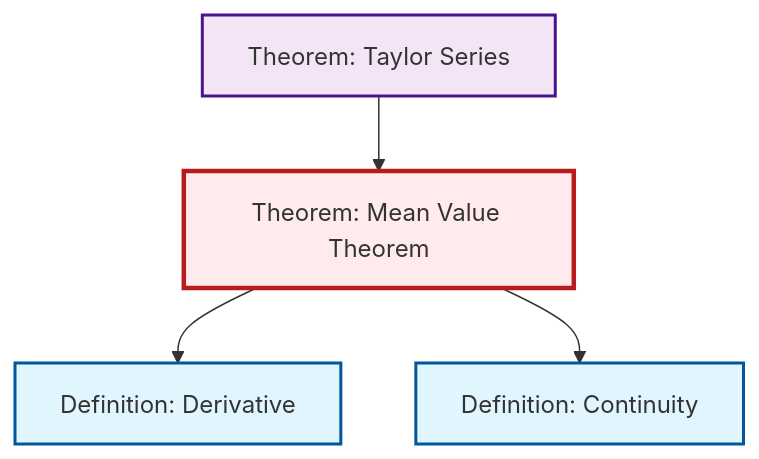
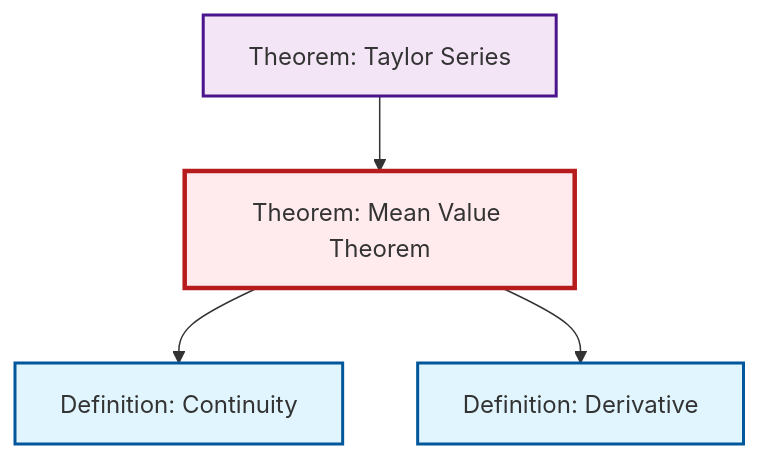
One commit to RK0429/ModernMath changed the diagram in content/en/analysis/thm-mean-value.qmd. Above: the diagram before and after it, drawn with Mermaid. The commit also changed other lines of this file and 654 other files, not shown here.

````diff
--- a/content/en/analysis/thm-mean-value.qmd
+++ b/content/en/analysis/thm-mean-value.qmd
@@ -79,20 +79,20 @@
 ```{mermaid}
 %%| fig-cap: "Local dependency graph"
 graph TD
     classDef definition fill:#e1f5fe,stroke:#01579b,stroke-width:2px
     classDef theorem fill:#f3e5f5,stroke:#4a148c,stroke-width:2px
     classDef axiom fill:#fff3e0,stroke:#e65100,stroke-width:2px
     classDef example fill:#e8f5e9,stroke:#1b5e20,stroke-width:2px
     classDef current fill:#ffebee,stroke:#b71c1c,stroke-width:3px
     def-continuity["Definition: Continuity"]:::definition
+    def-derivative["Definition: Derivative"]:::definition
     thm-taylor-series["Theorem: Taylor Series"]:::theorem
-    def-derivative["Definition: Derivative"]:::definition
     thm-mean-value["Theorem: Mean Value Theorem"]:::theorem
+    thm-taylor-series --> thm-mean-value
+    thm-mean-value --> def-continuity
     thm-mean-value --> def-derivative
-    thm-mean-value --> def-continuity
-    thm-taylor-series --> thm-mean-value
     class thm-mean-value current
     click def-continuity "def-continuity.html" "Go to Continuity definition"
+    click def-derivative "def-derivative.html" "Go to Derivative definition"
     click thm-taylor-series "thm-taylor-series.html" "Go to Taylor Series theorem"
-    click def-derivative "def-derivative.html" "Go to Derivative definition"
 ```
````
